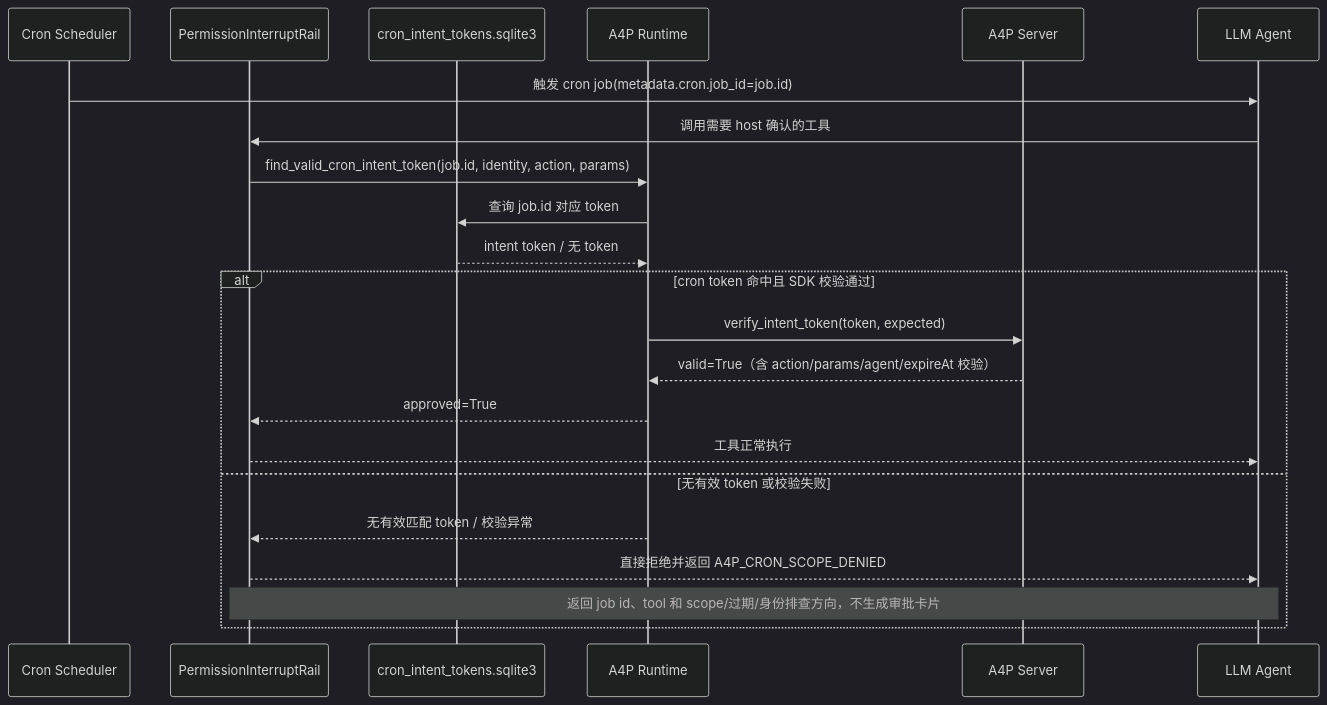
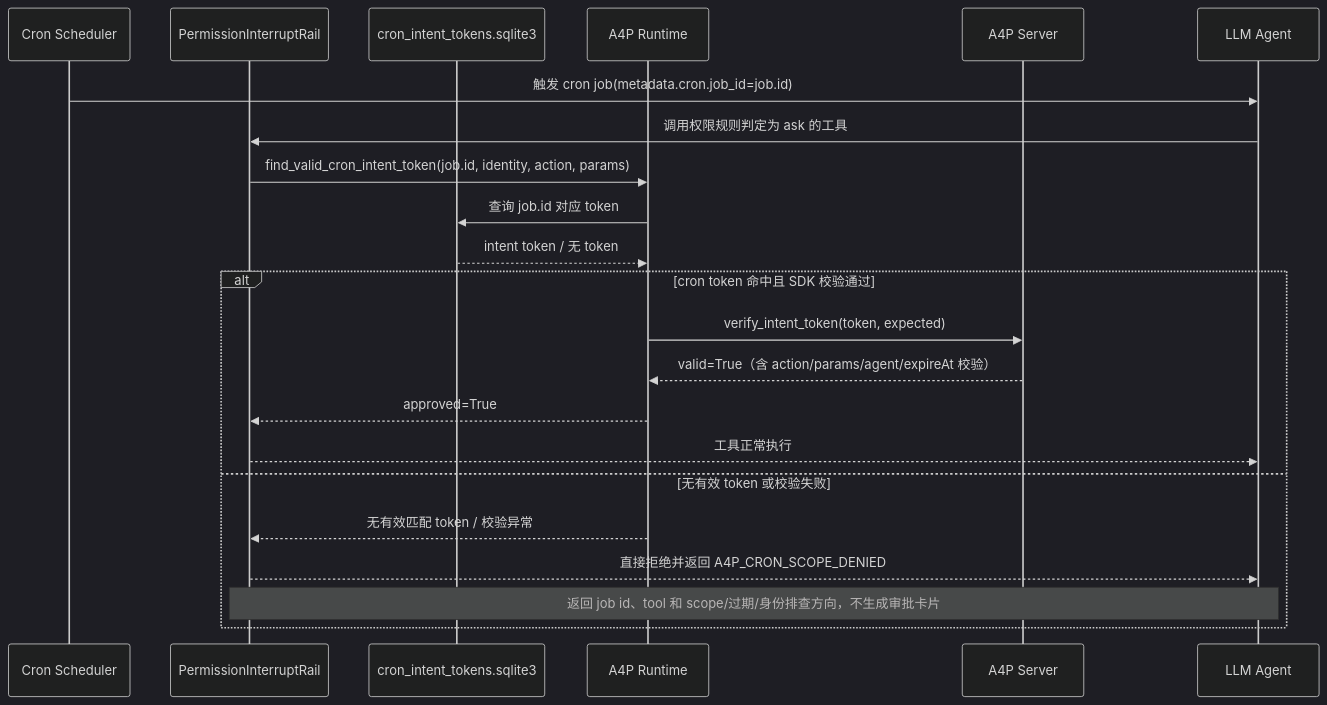
The fourth of 4 diagrams in docs/zh/A4P预授权.md (openJiuwen-ai/jiuwenswarm), drawn with Mermaid (dark theme) before and after one commit. The commit also changed other lines of this file, not shown here.

````diff
--- a/docs/zh/A4P预授权.md
+++ b/docs/zh/A4P预授权.md
@@ -156,25 +156,25 @@
 ```mermaid
 sequenceDiagram
     participant Cron as Cron Scheduler
     participant Rail as PermissionInterruptRail
     participant Store as cron_intent_tokens.sqlite3
     participant Runtime as A4P Runtime
     participant Server as A4P Server
     participant Agent as LLM Agent
 
     Cron->>Agent: 触发 cron job(metadata.cron.job_id=job.id)
-    Agent->>Rail: 调用需要 host 确认的工具
+    Agent->>Rail: 调用权限规则判定为 ask 的工具
     Rail->>Runtime: find_valid_cron_intent_token(job.id, identity, action, params)
     Runtime->>Store: 查询 job.id 对应 token
     Store-->>Runtime: intent token / 无 token
     alt cron token 命中且 SDK 校验通过
         Runtime->>Server: verify_intent_token(token, expected)
         Server-->>Runtime: valid=True（含 action/params/agent/expireAt 校验）
         Runtime-->>Rail: approved=True
         Rail-->>Agent: 工具正常执行
     else 无有效 token 或校验失败
         Runtime-->>Rail: 无有效匹配 token / 校验异常
         Rail-->>Agent: 直接拒绝并返回 A4P_CRON_SCOPE_DENIED
         Note over Rail,Agent: 返回 job id、tool 和 scope/过期/身份排查方向，不生成审批卡片
     end
 ```
````
